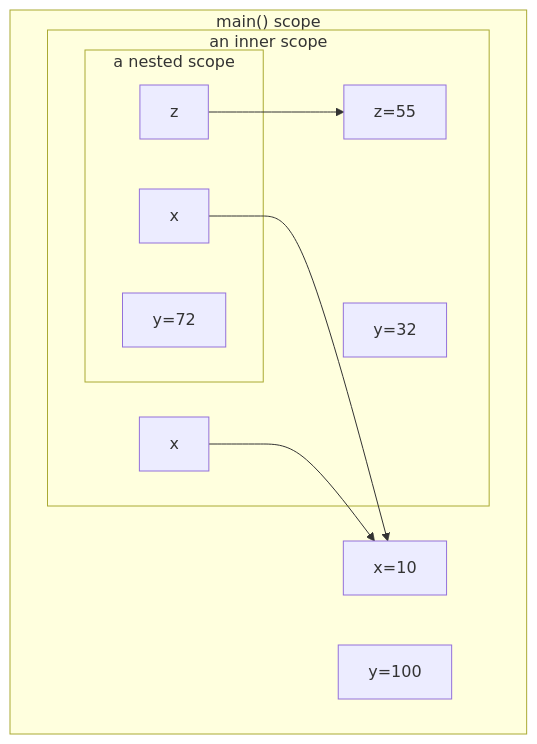
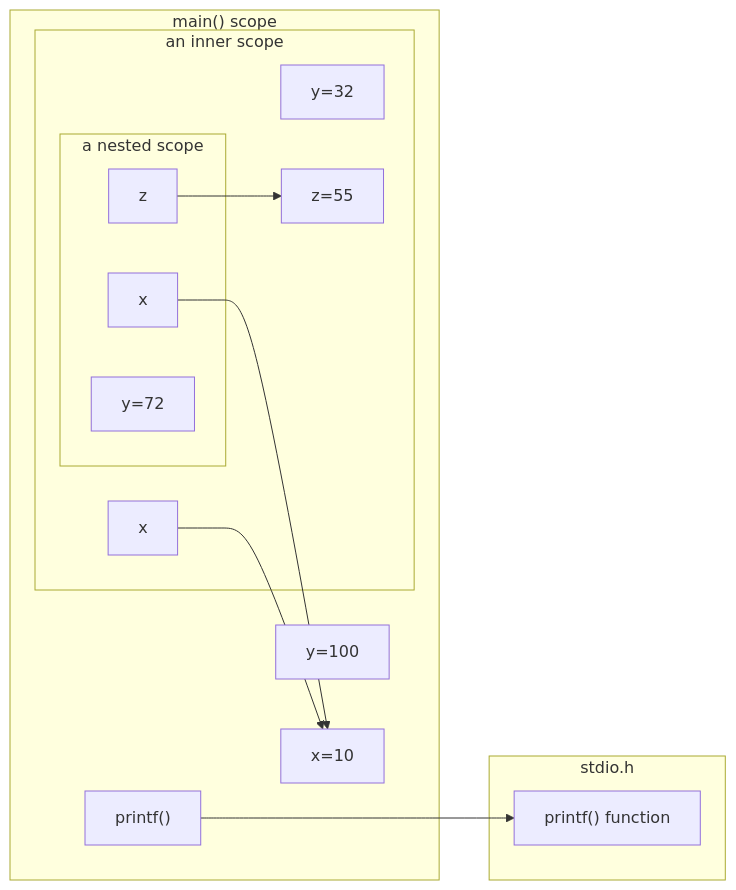
The diagram in 08-StructuredProgramming.md (realityexpander/How_to_program_from_ground_up), drawn with Mermaid before and after one commit. The commit also changed other lines of this file, not shown here.

Commit message:
improve structured

````diff
--- a/08-StructuredProgramming.md
+++ b/08-StructuredProgramming.md
@@ -79,21 +79,29 @@
   ```mermaid
-     flowchart TB
-     
-     subgraph main scope["main() scope"]
+     flowchart LR
+  
+     subgraph main_scope["main() scope"]
        y01["y=100"]
        x1["x=10"]
        x3 --> x1
        x2 --> x1
        subgraph innerScope["an inner scope"]
          x2["x"]
          y2["y=32"]
          z1["z=55"]
          z2 --> z1
          subgraph nestedScope["a nested scope"]
            y3["y=72"]
            x3["x"]
            z2["z"]
          end
        end
+       
+       printf2
      end
+  
+     subgraph stdio["stdio.h"]
+       printf["printf() function"]
+     end
+  
+     printf2["printf()"] ---> printf   
   ```
````
